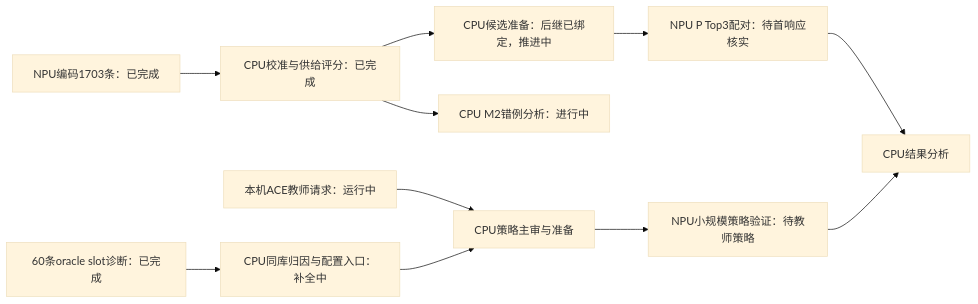
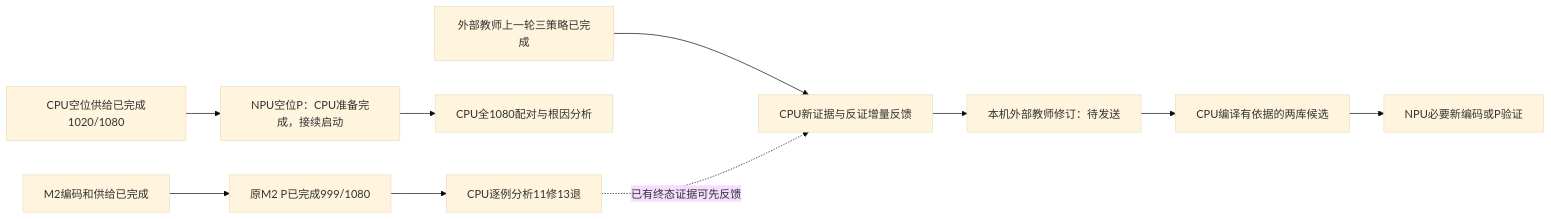
Before and after one commit to chaosxingxc-orion/omni: the diagram in docs/decisions/TFRL-Execution-DAG.md, drawn with Mermaid (base theme). The commit also changed other lines of this file and 8 other files, not shown here.

````diff
--- a/docs/decisions/TFRL-Execution-DAG.md
+++ b/docs/decisions/TFRL-Execution-DAG.md
@@ -5,13 +5,12 @@
 ```mermaid
 flowchart LR
- E[NPU编码1703条：已完成] --> F[CPU校准与供给评分：已完成]
- F --> P[CPU候选准备：后继已绑定，推进中]
- P --> N[NPU P Top3配对：待首响应核实]
- F --> A[CPU M2错例分析：进行中]
- O[60条oracle slot诊断：已完成] --> C[CPU同库归因与配置入口：补全中]
- T[本机ACE教师请求：运行中] --> R[CPU策略主审与准备]
- C --> R
- R --> V[NPU小规模策略验证：待教师策略]
- N --> Q[CPU结果分析]
- V --> Q
+ M[M2编码和供给已完成] --> P[原M2 P已完成999/1080]
+ P --> A[CPU逐例分析11修13退]
+ V[CPU空位供给已完成1020/1080] --> N[NPU空位P：CPU准备完成，接续启动]
+ N --> R[CPU全1080配对与根因分析]
+ T[外部教师上一轮三策略已完成] --> F[CPU新证据与反证增量反馈]
+ A -. 已有终态证据可先反馈 .-> F
+ F --> E[本机外部教师修订：待发送]
+ E --> C[CPU编译有依据的两库候选]
+ C --> Q[NPU必要新编码或P验证]
 ```
````
